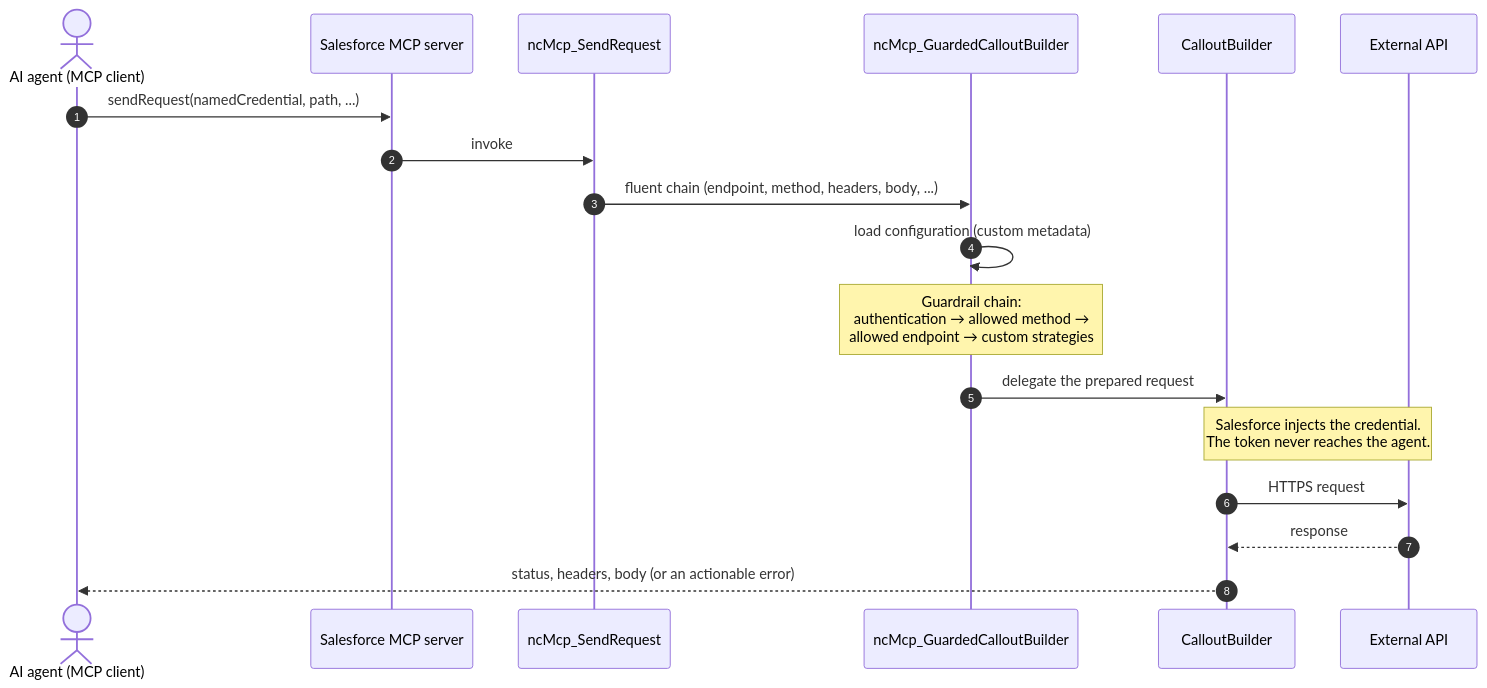
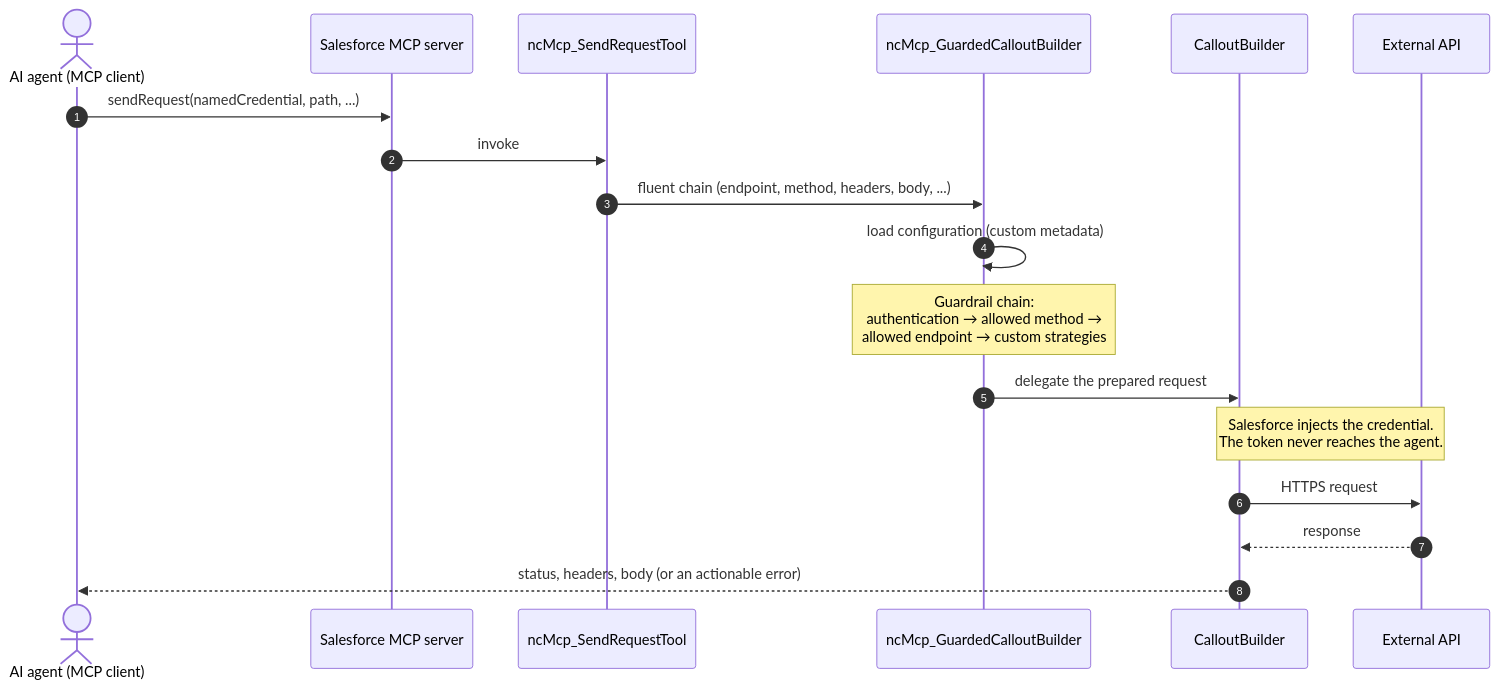
One commit to laserburst/apexlib changed the diagram in force-app/main/namedCredentialsMcp/README.md. Above: the diagram before and after it, drawn with Mermaid. The commit also changed 16 other files, not shown here.

Commit message:
Add Tool prefix for MCP Tool calsses

````diff
--- a/force-app/main/namedCredentialsMcp/README.md
+++ b/force-app/main/namedCredentialsMcp/README.md
@@ -19,21 +19,21 @@
 ```mermaid
 sequenceDiagram
     autonumber
     actor Agent as AI agent (MCP client)
     participant Server as Salesforce MCP server
-    participant Tool as ncMcp_SendRequest
+    participant Tool as ncMcp_SendRequestTool
     participant Guarded as ncMcp_GuardedCalloutBuilder
     participant Builder as CalloutBuilder
     participant API as External API
 
     Agent->>Server: sendRequest(namedCredential, path, ...)
     Server->>Tool: invoke
     Tool->>Guarded: fluent chain (endpoint, method, headers, body, ...)
     Guarded->>Guarded: load configuration (custom metadata)
     Note over Guarded: Guardrail chain:<br/>authentication → allowed method →<br/>allowed endpoint → custom strategies
     Guarded->>Builder: delegate the prepared request
     Note over Builder,API: Salesforce injects the credential.<br/>The token never reaches the agent.
     Builder->>API: HTTPS request
     API-->>Builder: response
     Builder-->>Agent: status, headers, body (or an actionable error)
 ```
````
